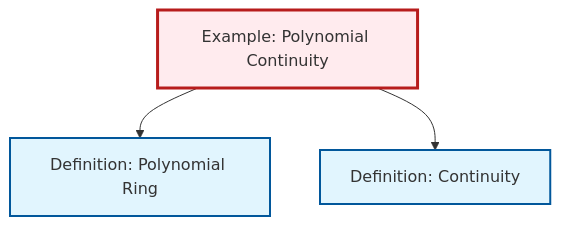
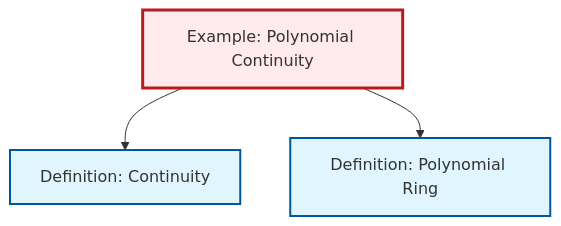
One commit to RK0429/ModernMath changed the diagram in content/ja/analysis/ex-polynomial-continuity.qmd. Above: the diagram before and after it, drawn with Mermaid. The commit also changed other lines of this file and 554 other files, not shown here.

````diff
--- a/content/ja/analysis/ex-polynomial-continuity.qmd
+++ b/content/ja/analysis/ex-polynomial-continuity.qmd
@@ -58,17 +58,17 @@
 ```{mermaid}
 %%| fig-cap: "Local dependency graph"
 graph TD
     classDef definition fill:#e1f5fe,stroke:#01579b,stroke-width:2px
     classDef theorem fill:#f3e5f5,stroke:#4a148c,stroke-width:2px
     classDef axiom fill:#fff3e0,stroke:#e65100,stroke-width:2px
     classDef example fill:#e8f5e9,stroke:#1b5e20,stroke-width:2px
     classDef current fill:#ffebee,stroke:#b71c1c,stroke-width:3px
+    def-polynomial-ring["Definition: Polynomial Ring"]:::definition
     def-continuity["Definition: Continuity"]:::definition
     ex-polynomial-continuity["Example: Polynomial Continuity"]:::example
-    def-polynomial-ring["Definition: Polynomial Ring"]:::definition
+    ex-polynomial-continuity --> def-continuity
     ex-polynomial-continuity --> def-polynomial-ring
-    ex-polynomial-continuity --> def-continuity
     class ex-polynomial-continuity current
+    click def-polynomial-ring "def-polynomial-ring.html" "Definition: Polynomial Ringへ"
     click def-continuity "def-continuity.html" "Definition: Continuityへ"
-    click def-polynomial-ring "def-polynomial-ring.html" "Definition: Polynomial Ringへ"
 ```
````
